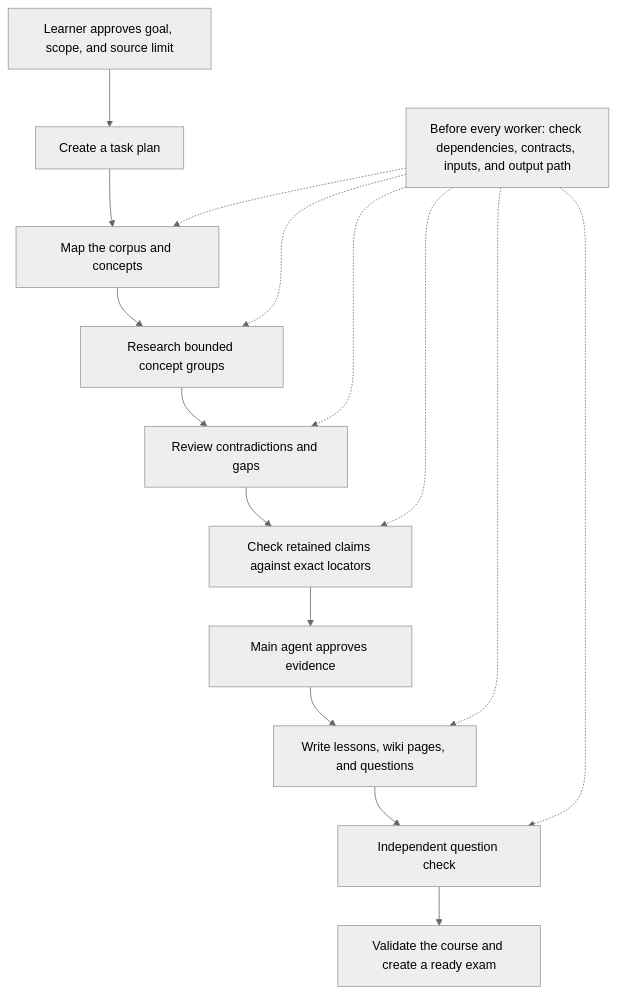
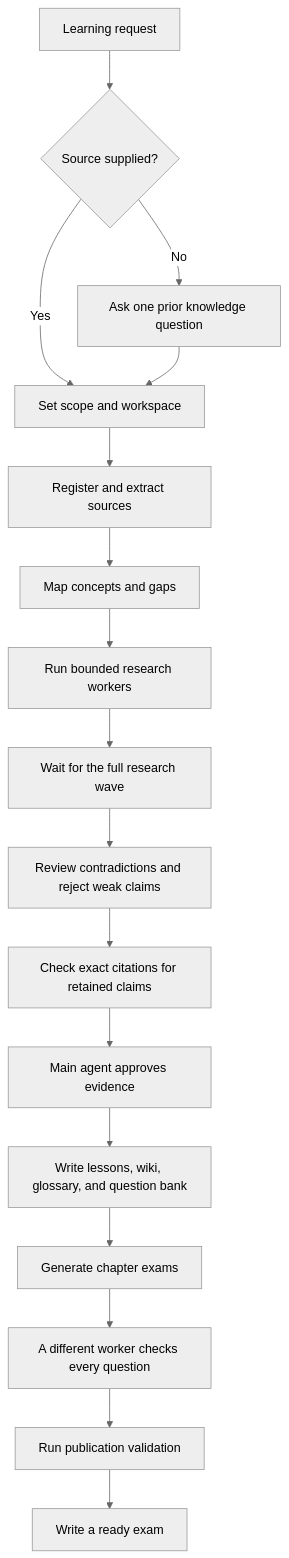
The second of 3 diagrams in README.md (Howard-Starfield/Mastery-Ledger), drawn with Mermaid (neutral theme) before and after one commit. The commit also changed other lines of this file and 42 other files, not shown here.

````diff
--- a/README.md
+++ b/README.md
@@ -94,20 +113,19 @@
 ```mermaid
 flowchart TD
-    Scope["Learner approves goal, scope, and source limit"] --> Plan["Create a task plan"]
-    Plan --> Map["Map the corpus and concepts"]
-    Map --> Research["Research bounded concept groups"]
-    Research --> Conflict["Review contradictions and gaps"]
-    Conflict --> Cite["Check retained claims against exact locators"]
+    Request["Learning request"] --> SourceCheck{"Source supplied?"}
+    SourceCheck -->|"No"| Prior["Ask one prior knowledge question"]
+    SourceCheck -->|"Yes"| Scope["Set scope and workspace"]
+    Prior --> Scope
+    Scope --> Intake["Register and extract sources"]
+    Intake --> Map["Map concepts and gaps"]
+    Map --> Research["Run bounded research workers"]
+    Research --> WaitResearch["Wait for the full research wave"]
+    WaitResearch --> Conflict["Review contradictions and reject weak claims"]
+    Conflict --> Cite["Check exact citations for retained claims"]
     Cite --> Approve["Main agent approves evidence"]
-    Approve --> Draft["Write lessons, wiki pages, and questions"]
-    Draft --> QuestionCheck["Independent question check"]
-    QuestionCheck --> Publish["Validate the course and create a ready exam"]
-
-    Gate["Before every worker: check dependencies, contracts, inputs, and output path"]
-    Gate -.-> Map
-    Gate -.-> Research
-    Gate -.-> Conflict
-    Gate -.-> Cite
-    Gate -.-> Draft
-    Gate -.-> QuestionCheck
+    Approve --> Write["Write lessons, wiki, glossary, and question bank"]
+    Write --> Generate["Generate chapter exams"]
+    Generate --> Check["A different worker checks every question"]
+    Check --> Validate["Run publication validation"]
+    Validate --> Ready["Write a ready exam"]
 ```
````
